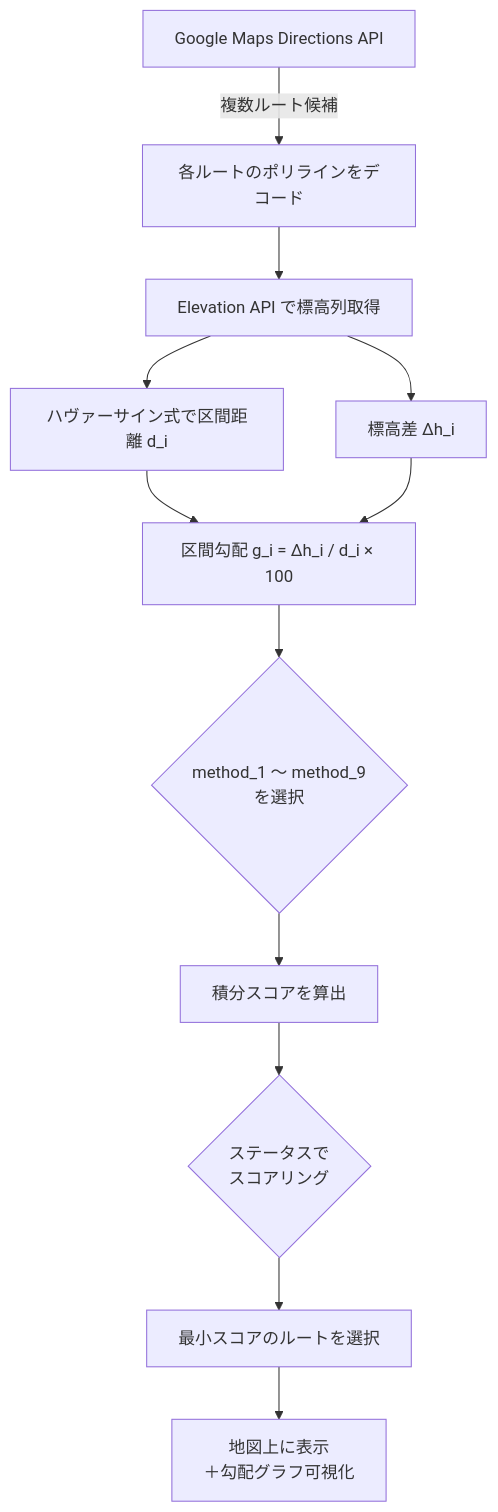
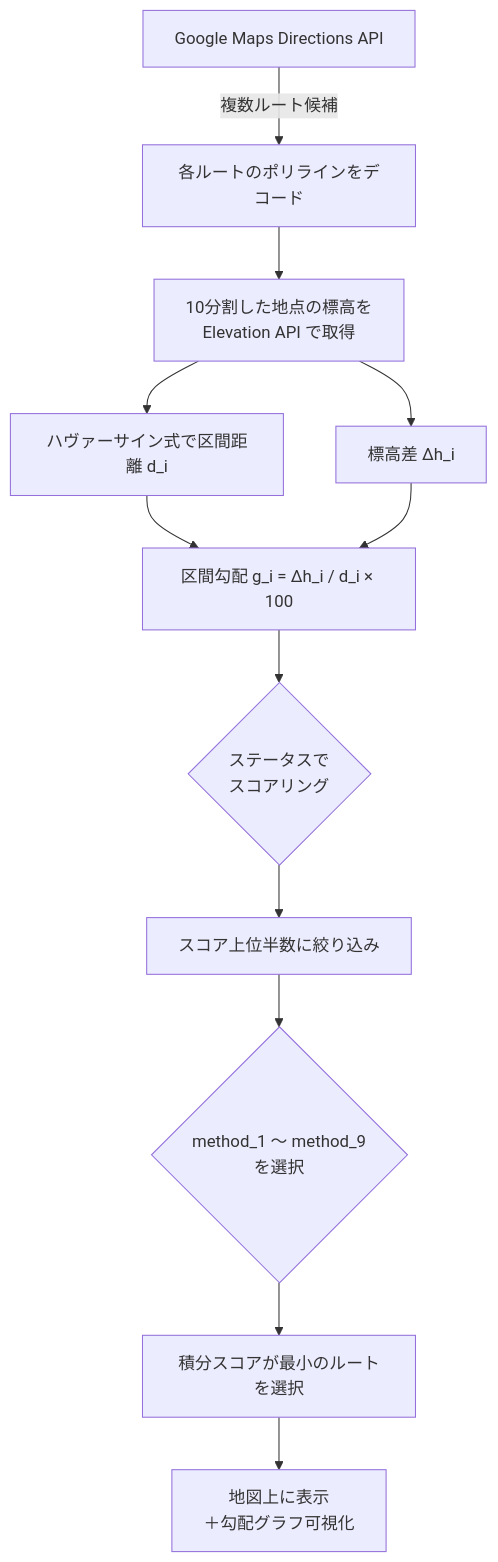
The first of 3 diagrams in README.md (feynman1729/Chikuhou_frontend), drawn with Mermaid before and after one commit. The commit also changed other lines of this file, not shown here.

````diff
--- a/README.md
+++ b/README.md
@@ -168,14 +173,14 @@
 ```mermaid
 flowchart TD
     A[Google Maps Directions API] -->|複数ルート候補| B[各ルートのポリラインをデコード]
-    B --> C[Elevation API で標高列取得]
+    B --> C[10分割した地点の標高を<br/>Elevation API で取得]
     C --> D[ハヴァーサイン式で区間距離 d_i]
     C --> E[標高差 Δh_i]
     D --> F[区間勾配 g_i = Δh_i / d_i × 100]
     E --> F
-    F --> G{method_1 ～ method_9<br/>を選択}
-    G --> H[積分スコアを算出]
-    H --> I{ステータスで<br/>スコアリング}
-    I --> J[最小スコアのルートを選択]
+    F --> G{ステータスで<br/>スコアリング}
+    G --> H[スコア上位半数に絞り込み]
+    H --> I{method_1 ～ method_9<br/>を選択}
+    I --> J[積分スコアが最小のルートを選択]
     J --> K[地図上に表示<br/>＋勾配グラフ可視化]
 ```
````
